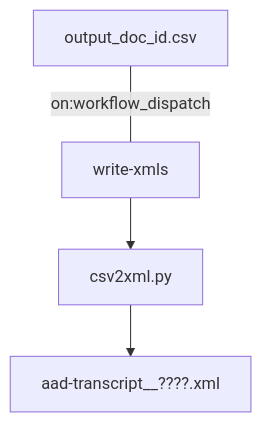
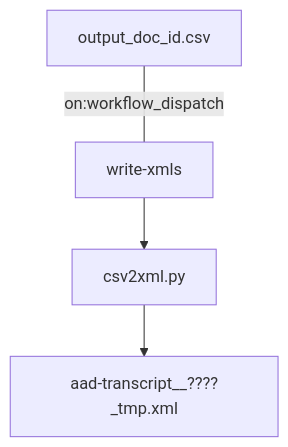
Before and after one commit to auden-in-austria-digital/aad-data: the second of 2 diagrams in README.md, drawn with Mermaid.

````diff
--- a/README.md
+++ b/README.md
@@ -32,6 +32,6 @@
 ```mermaid
 flowchart TD;
     output_doc_id.csv---|on:workflow_dispatch| write-xmls;
     write-xmls-->csv2xml.py;
-    csv2xml.py-->aad-transcript__????.xml;
+    csv2xml.py-->aad-transcript__????_tmp.xml;
 ```
````
